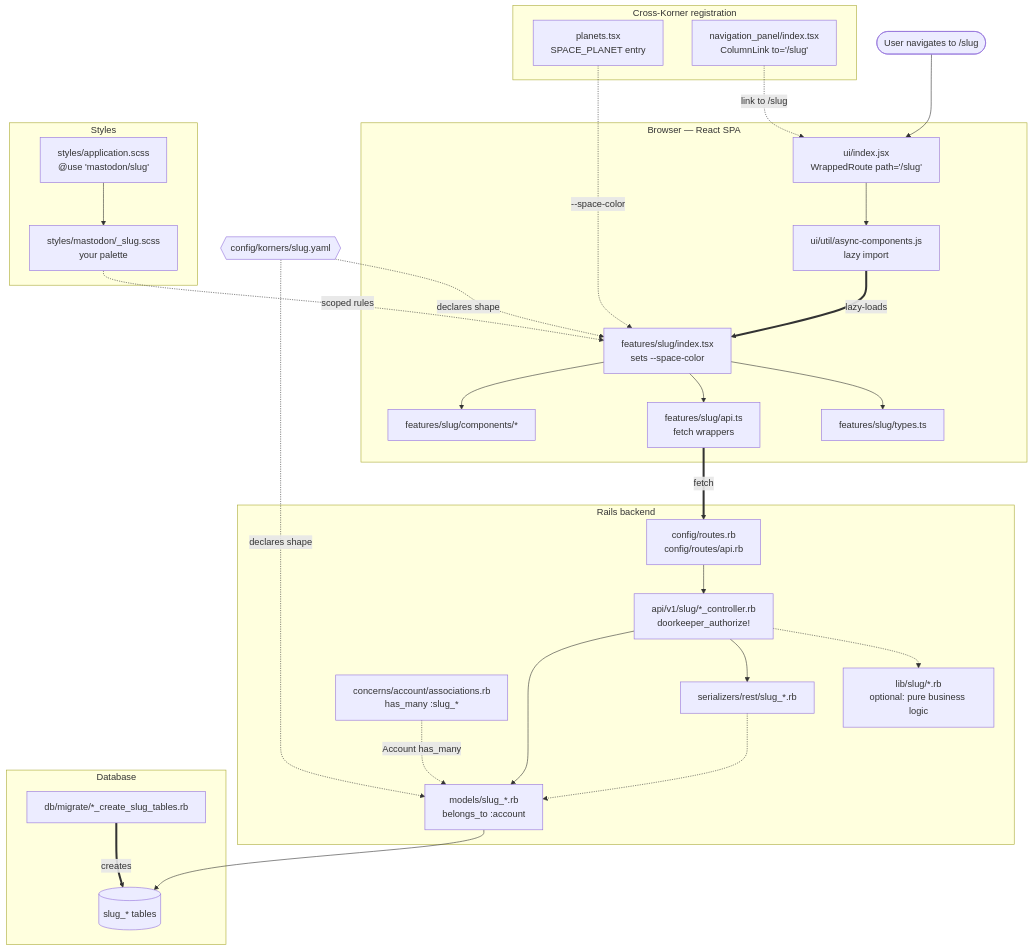
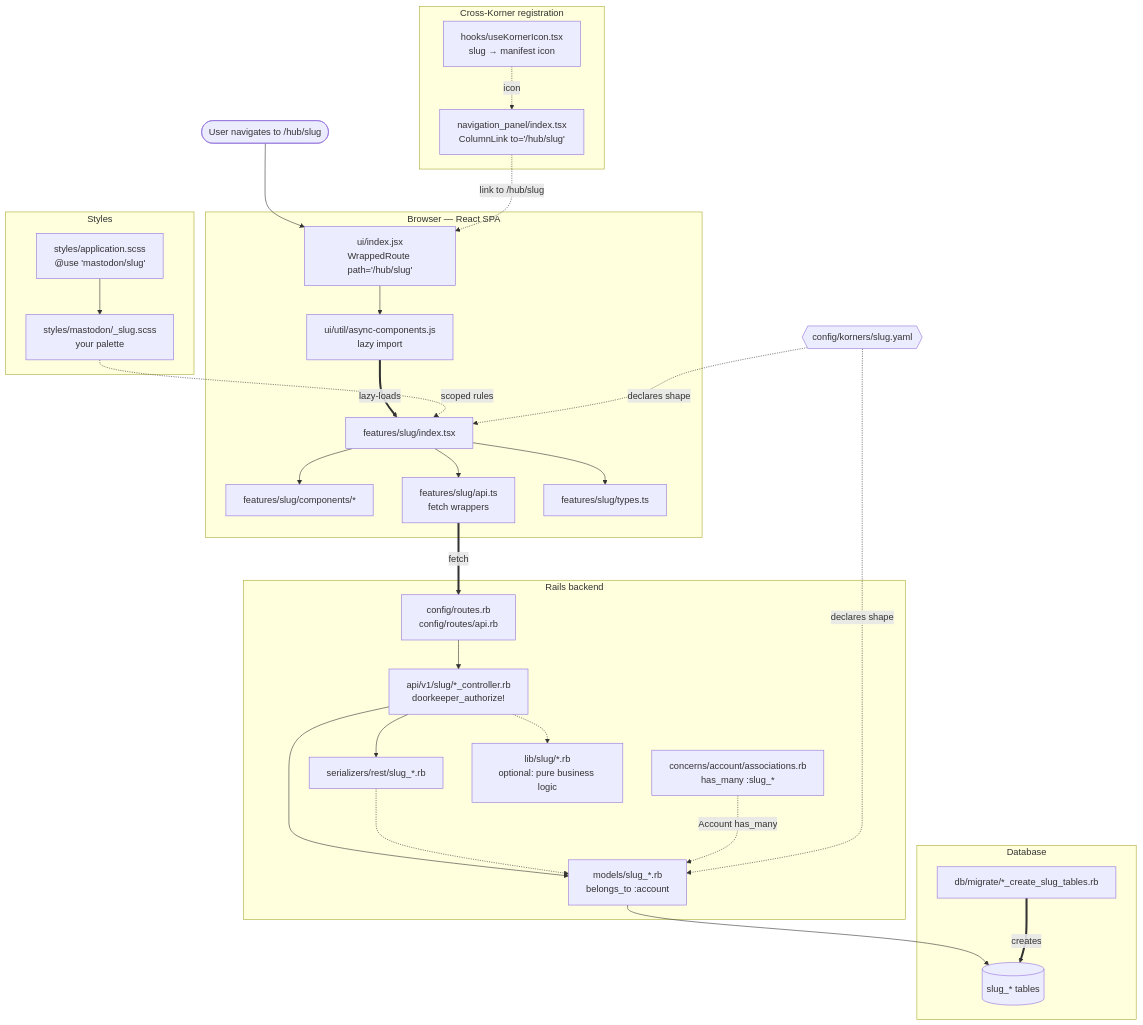
Before and after one commit to Kronkverse/kronk: the first of 2 diagrams in docs/korners/anatomy.md, drawn with Mermaid. The commit also changed other lines of this file and 1710 other files, not shown here.

````diff
--- a/docs/korners/anatomy.md
+++ b/docs/korners/anatomy.md
@@ -15,63 +20,63 @@
 ```mermaid
 graph TB
-    User(["User navigates to /slug"])
+    User(["User navigates to /hub/slug"])
 
     subgraph SPA["Browser — React SPA"]
-        UIRoute["ui/index.jsx<br/>WrappedRoute path='/slug'"]
+        UIRoute["ui/index.jsx<br/>WrappedRoute path='/hub/slug'"]
         Async["ui/util/async-components.js<br/>lazy import"]
-        Module["features/slug/index.tsx<br/>sets --space-color"]
+        Module["features/slug/index.tsx"]
         Comp["features/slug/components/*"]
         API["features/slug/api.ts<br/>fetch wrappers"]
         Types["features/slug/types.ts"]
     end
 
     subgraph Reg["Cross-Korner registration"]
-        Planets["planets.tsx<br/>SPACE_PLANET entry"]
-        Nav["navigation_panel/index.tsx<br/>ColumnLink to='/slug'"]
+        Icon["hooks/useKornerIcon.tsx<br/>slug → manifest icon"]
+        Nav["navigation_panel/index.tsx<br/>ColumnLink to='/hub/slug'"]
     end
 
     subgraph Styl["Styles"]
         AppScss["styles/application.scss<br/>@use 'mastodon/slug'"]
         SlugScss["styles/mastodon/_slug.scss<br/>your palette"]
     end
 
     subgraph RailsBE["Rails backend"]
         Routes["config/routes.rb<br/>config/routes/api.rb"]
         Ctrl["api/v1/slug/*_controller.rb<br/>doorkeeper_authorize!"]
         Ser["serializers/rest/slug_*.rb"]
         Model["models/slug_*.rb<br/>belongs_to :account"]
         Assoc["concerns/account/associations.rb<br/>has_many :slug_*"]
         Lib["lib/slug/*.rb<br/>optional: pure business logic"]
     end
 
     subgraph DB["Database"]
         Migration["db/migrate/*_create_slug_tables.rb"]
         Tables[("slug_* tables")]
     end
 
     Manifest{{"config/korners/slug.yaml"}}
 
     User --> UIRoute
     UIRoute --> Async
     Async ==>|lazy-loads| Module
     Module --> Comp
     Module --> API
     Module --> Types
     API ==>|fetch| Routes
     Routes --> Ctrl
     Ctrl --> Model
     Ctrl --> Ser
     Ctrl -.-> Lib
     Ser -.-> Model
     Model --> Tables
     Migration ==>|creates| Tables
     Assoc -.->|Account has_many| Model
 
-    Planets -.->|--space-color| Module
-    Nav -.->|link to /slug| UIRoute
+    Icon -.->|icon| Nav
+    Nav -.->|link to /hub/slug| UIRoute
     AppScss --> SlugScss
     SlugScss -.->|scoped rules| Module
 
     Manifest -.->|declares shape| Module
     Manifest -.->|declares shape| Model
 ```
````
